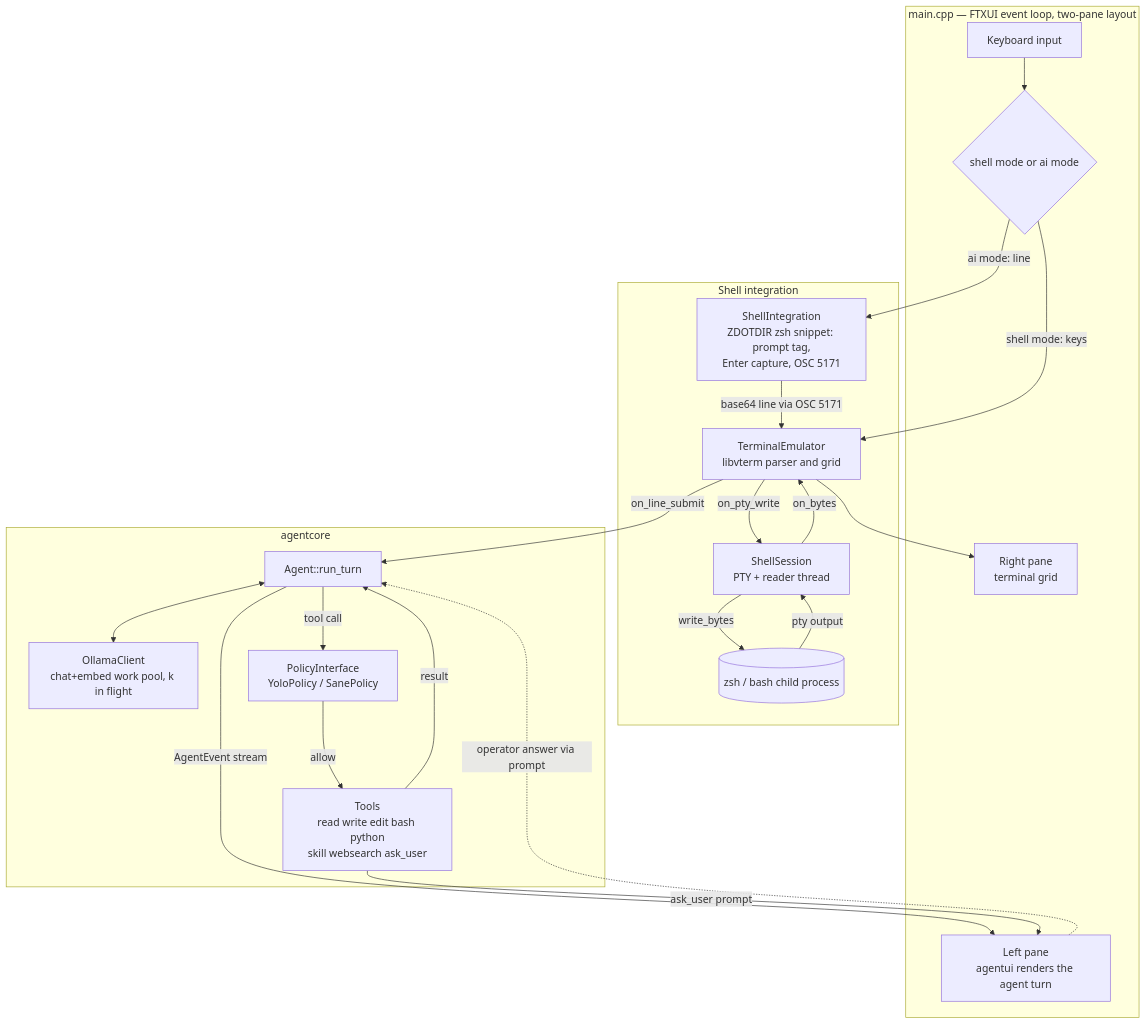
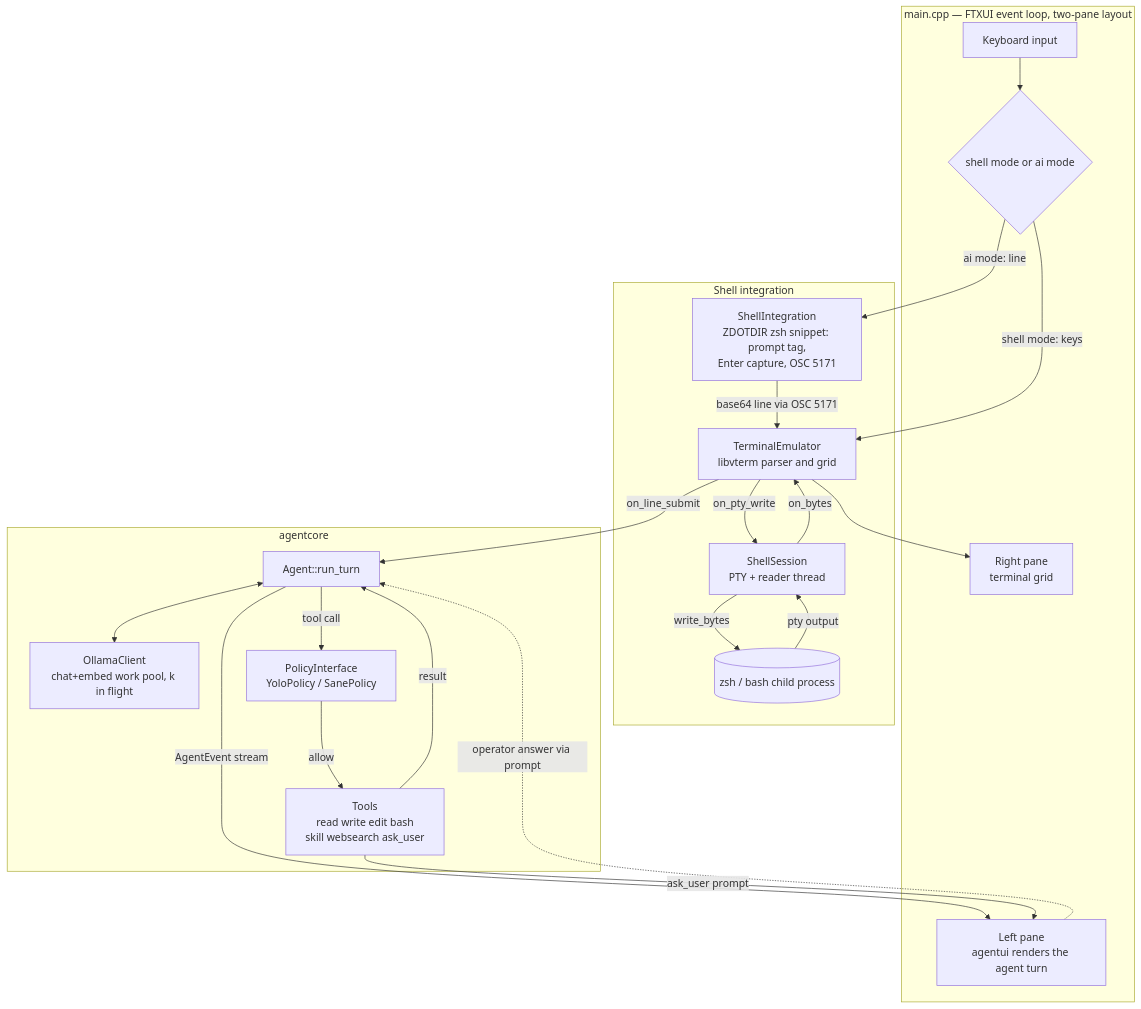
Before and after one commit to armandli/m8trixparrot: the second of 5 diagrams in README.md, drawn with Mermaid. The commit also changed other lines of this file and 4 other files, not shown here.

````diff
--- a/README.md
+++ b/README.md
@@ -232,42 +335,42 @@
 ```mermaid
 flowchart TD
     subgraph UI["main.cpp — FTXUI event loop, two-pane layout"]
         Input[Keyboard input]
         Mode{shell mode or ai mode}
         Transcript[Left pane\nagentui renders the agent turn]
         Right[Right pane\nterminal grid]
     end
 
     subgraph Shell["Shell integration"]
         SI[ShellIntegration\nZDOTDIR zsh snippet: prompt tag,\nEnter capture, OSC 5171]
         SS[ShellSession\nPTY + reader thread]
         TE[TerminalEmulator\nlibvterm parser and grid]
         Zsh[(zsh / bash child process)]
     end
 
     subgraph Core["agentcore"]
         Agent[Agent::run_turn]
         Ollama[OllamaClient\nchat+embed work pool, k in flight]
         Policy[PolicyInterface\nYoloPolicy / SanePolicy]
-        Tools[Tools\nread write edit bash python\nskill websearch ask_user]
+        Tools[Tools\nread write edit bash\nskill websearch ask_user]
     end
 
     Input --> Mode
     Mode -- shell mode: keys --> TE
     TE -- on_pty_write --> SS
     SS -- write_bytes --> Zsh
     Zsh -- pty output --> SS
     SS -- on_bytes --> TE
     TE --> Right
 
     Mode -- ai mode: line --> SI
     SI -- base64 line via OSC 5171 --> TE
     TE -- on_line_submit --> Agent
     Agent <--> Ollama
     Agent -- tool call --> Policy
     Policy -- allow --> Tools
     Tools -- result --> Agent
     Agent -- AgentEvent stream --> Transcript
     Tools -- ask_user prompt --> Transcript
     Transcript -. operator answer via prompt .-> Agent
 ```
````
